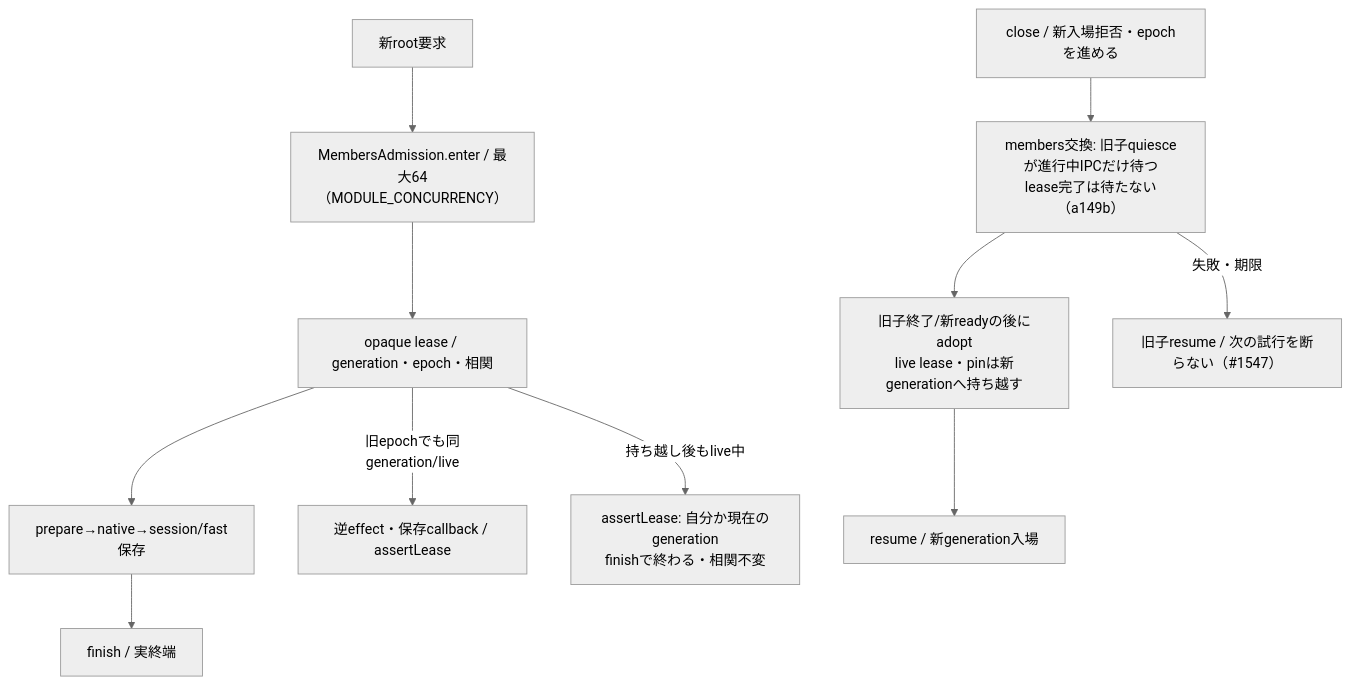
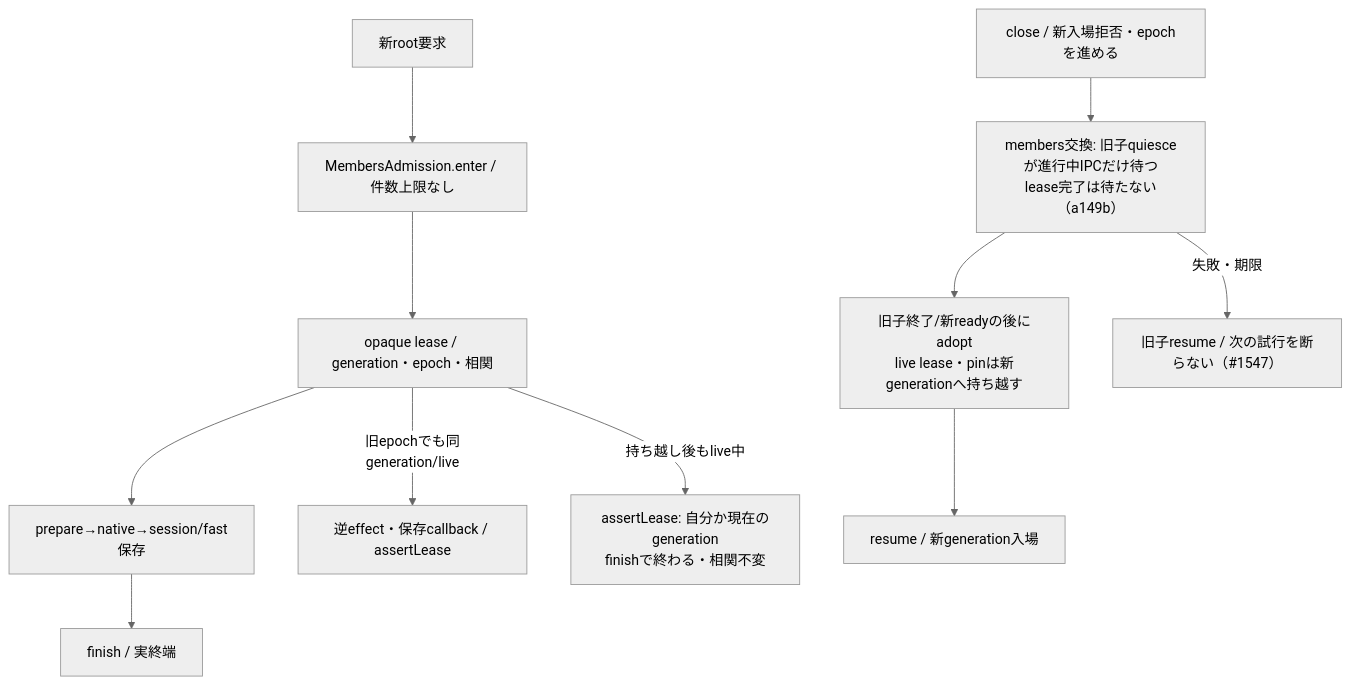
The first of 3 diagrams in docs/architecture/modules/execution/members-admission.md (kitepon/BellTeam), drawn with Mermaid (neutral theme) before and after one commit. The commit also changed other lines of this file and 5 other files, not shown here.

First line of the commit message:
members admission: drop the 64-lease cap (a505b)

````diff
--- a/docs/architecture/modules/execution/members-admission.md
+++ b/docs/architecture/modules/execution/members-admission.md
@@ -5,13 +5,13 @@
 ```mermaid
 flowchart TD
-  New[新root要求] --> Enter[MembersAdmission.enter / 最大64（MODULE_CONCURRENCY）]
+  New[新root要求] --> Enter[MembersAdmission.enter / 件数上限なし]
   Enter --> Lease[opaque lease / generation・epoch・相関]
   Lease --> Work[prepare→native→session/fast保存]
   Work --> Finish[finish / 実終端]
   Close[close / 新入場拒否・epochを進める] --> Quiesce[members交換: 旧子quiesceが進行中IPCだけ待つ<br/>lease完了は待たない（a149b）]
   Lease -->|旧epochでも同generation/live| Callback[逆effect・保存callback / assertLease]
   Quiesce --> Adopt[旧子終了/新readyの後にadopt<br/>live lease・pinは新generationへ持ち越す]
   Adopt --> Resume[resume / 新generation入場]
   Quiesce -->|失敗・期限| Back[旧子resume / 次の試行を断らない（#1547）]
   Lease -->|持ち越し後もlive中| Carried[assertLease: 自分か現在のgeneration<br/>finishで終わる・相関不変]
 ```
````
